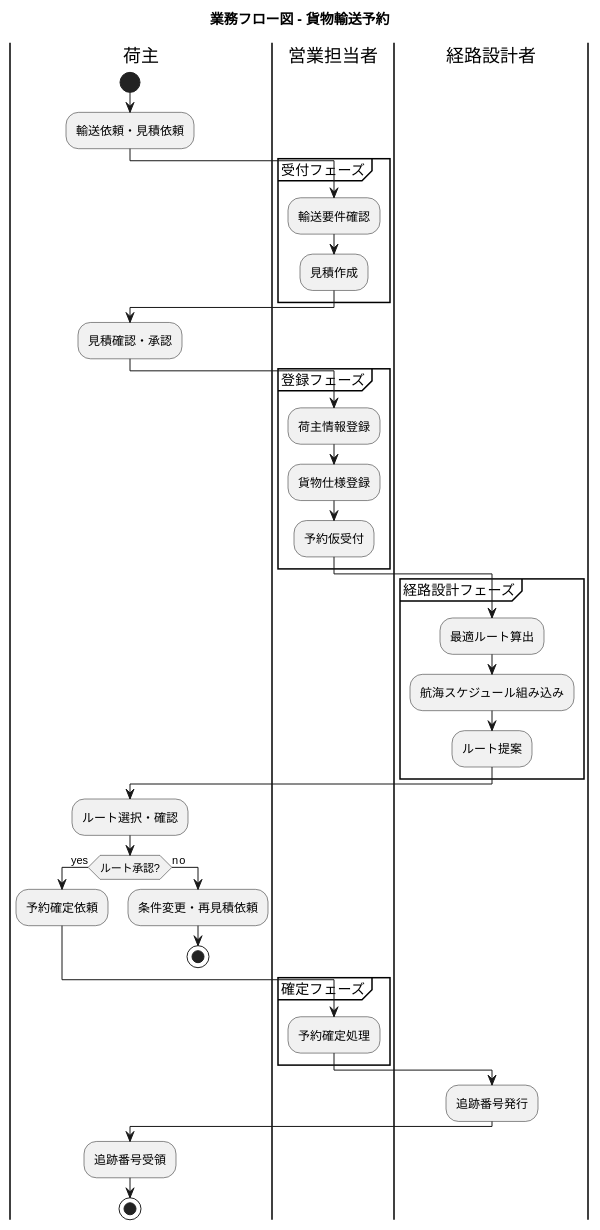
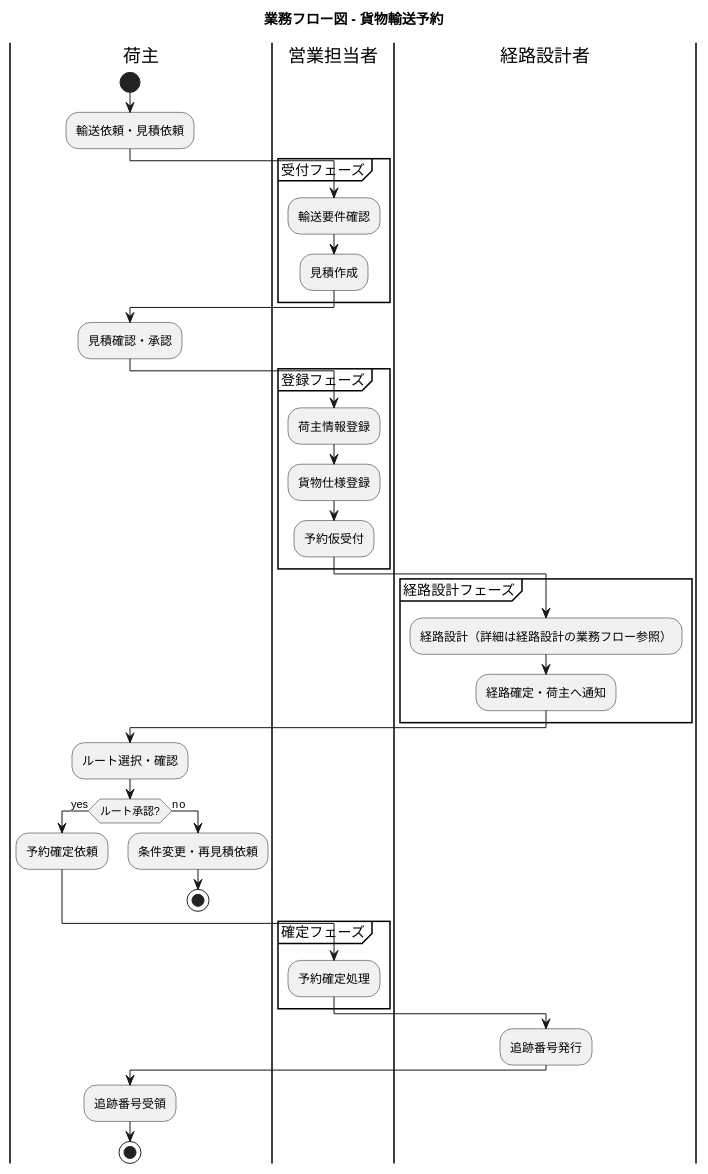
Before and after one commit to k2works/case-study-cargo-tracker: the eighth of 21 diagrams in docs/requirements/requirements_definition.md, drawn with PlantUML. The commit also changed other lines of this file and 3 other files, not shown here.

````diff
--- a/docs/requirements/requirements_definition.md
+++ b/docs/requirements/requirements_definition.md
@@ -344,55 +390,54 @@
 ```plantuml
 @startuml
 
 title 業務フロー図 - 貨物輸送予約
 
 |荷主|
 start
 :輸送依頼・見積依頼;
 
 |営業担当者|
 partition 受付フェーズ {
   :輸送要件確認;
   :見積作成;
 }
 
 |荷主|
 :見積確認・承認;
 
 |営業担当者|
 partition 登録フェーズ {
   :荷主情報登録;
   :貨物仕様登録;
   :予約仮受付;
 }
 
 |経路設計者|
 partition 経路設計フェーズ {
-  :最適ルート算出;
-  :航海スケジュール組み込み;
-  :ルート提案;
+  :経路設計（詳細は経路設計の業務フロー参照）;
+  :経路確定・荷主へ通知;
 }
 
 |荷主|
 :ルート選択・確認;
 if (ルート承認?) then (yes)
   :予約確定依頼;
 else (no)
   :条件変更・再見積依頼;
   stop
 endif
 
 |営業担当者|
 partition 確定フェーズ {
   :予約確定処理;
 }
 
 |経路設計者|
 :追跡番号発行;
 
 |荷主|
 :追跡番号受領;
 stop
 
 @enduml
 ```
````
